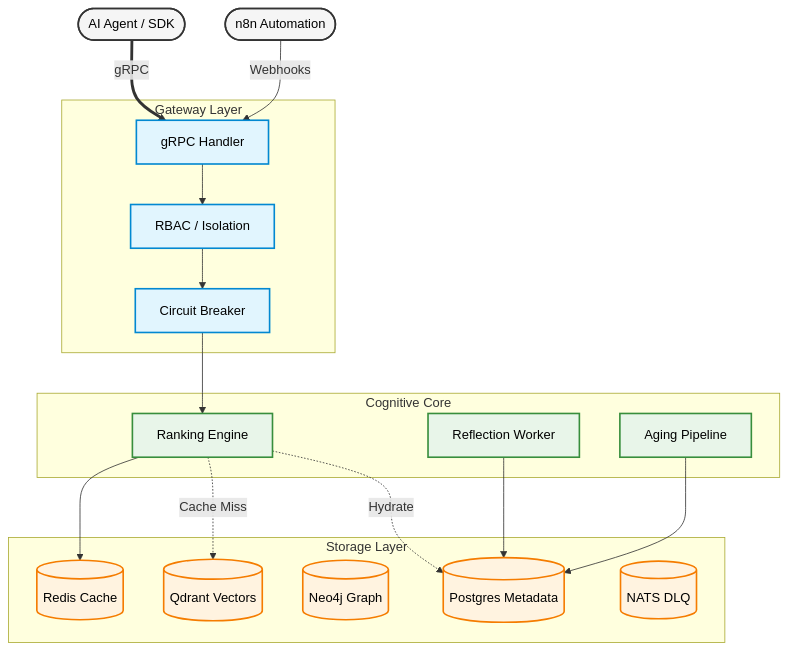
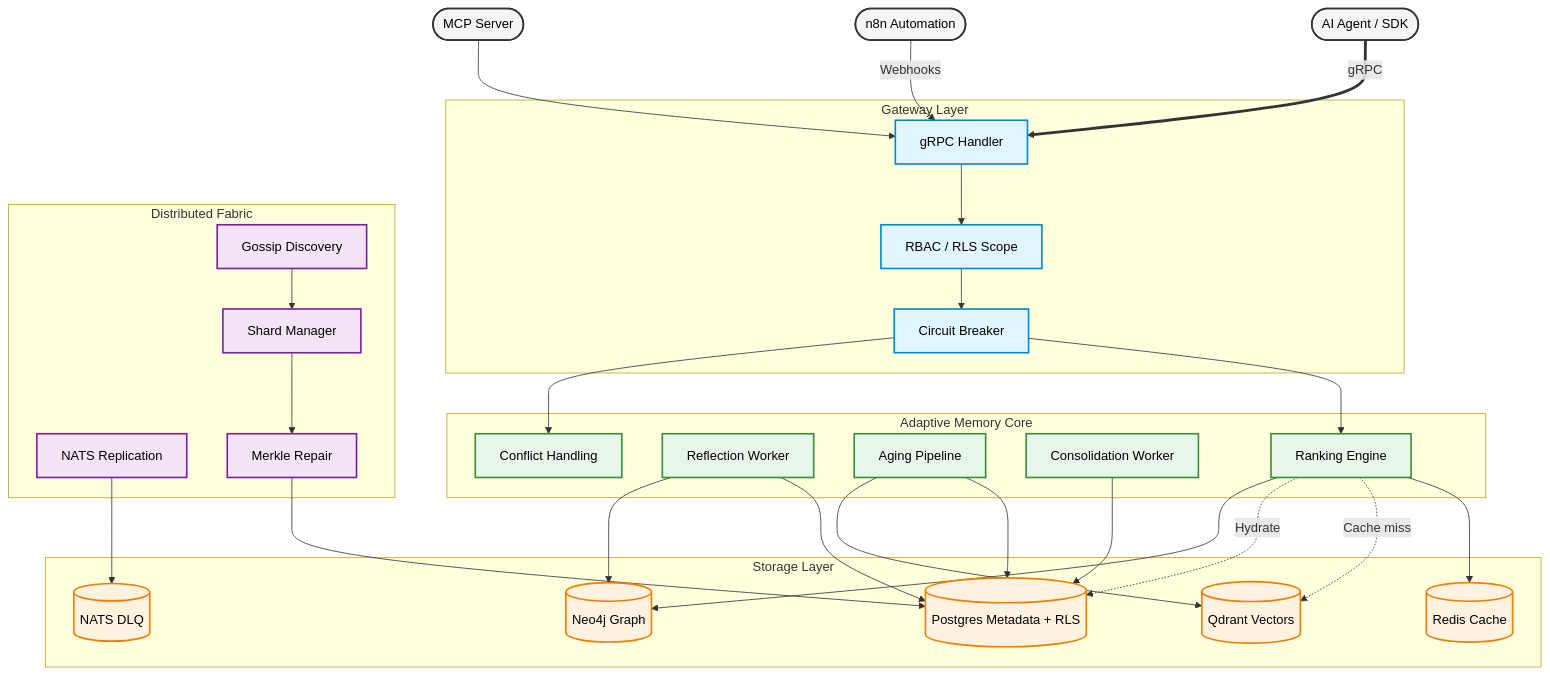
The eighth of 12 diagrams in README.md (Mohi1038/distributed-memOS), drawn with Mermaid before and after one commit. The commit also changed other lines of this file, not shown here.

Commit message:
Rewrite README for adaptive memory positioning

````diff
--- a/README.md
+++ b/README.md
@@ -117,42 +380,61 @@
 ```mermaid
 flowchart TB
     classDef client fill:#f5f5f5,stroke:#333,stroke-width:2px,color:#000;
     classDef gateway fill:#e1f5fe,stroke:#0288d1,stroke-width:2px,color:#000;
     classDef engine fill:#e8f5e9,stroke:#388e3c,stroke-width:2px,color:#000;
     classDef storage fill:#fff3e0,stroke:#f57c00,stroke-width:2px,color:#000;
+    classDef fabric fill:#f3e5f5,stroke:#7b1fa2,stroke-width:2px,color:#000;
 
     Client([AI Agent / SDK]):::client
     n8n([n8n Automation]):::client
-    
+    MCP([MCP Server]):::client
+
     subgraph Gateway ["Gateway Layer"]
         API[gRPC Handler]:::gateway
-        Auth[RBAC / Isolation]:::gateway
+        Auth[RBAC / RLS Scope]:::gateway
         Breaker[Circuit Breaker]:::gateway
         API --> Auth --> Breaker
     end
 
-    subgraph Core ["Cognitive Core"]
+    subgraph Core ["Adaptive Memory Core"]
         Rank[Ranking Engine]:::engine
         Reflect[Reflection Worker]:::engine
         Age[Aging Pipeline]:::engine
+        Consolidate[Consolidation Worker]:::engine
+        Conflict[Conflict Handling]:::engine
+    end
+
+    subgraph Fabric ["Distributed Fabric"]
+        Gossip[Gossip Discovery]:::fabric
+        Replicate[NATS Replication]:::fabric
+        Merkle[Merkle Repair]:::fabric
+        Shards[Shard Manager]:::fabric
     end
 
     subgraph Storage ["Storage Layer"]
-        PG[(Postgres Metadata)]:::storage
+        PG[(Postgres Metadata + RLS)]:::storage
         QD[(Qdrant Vectors)]:::storage
         Neo[(Neo4j Graph)]:::storage
         Redis[(Redis Cache)]:::storage
         DLQ[(NATS DLQ)]:::storage
     end
 
     Client ==gRPC==> API
     n8n --Webhooks--> API
+    MCP --> API
     Breaker --> Rank
-    
+    Breaker --> Conflict
     Rank --> Redis
-    Rank -.Cache Miss.-> QD
+    Rank -.Cache miss.-> QD
     Rank -.Hydrate.-> PG
-    
     Reflect --> PG
+    Reflect --> Neo
+    Consolidate --> PG
     Age --> PG
+    Age --> QD
+    Rank --> Neo
+    Replicate --> DLQ
+    Gossip --> Shards
+    Shards --> Merkle
+    Merkle --> PG
 ```
````
